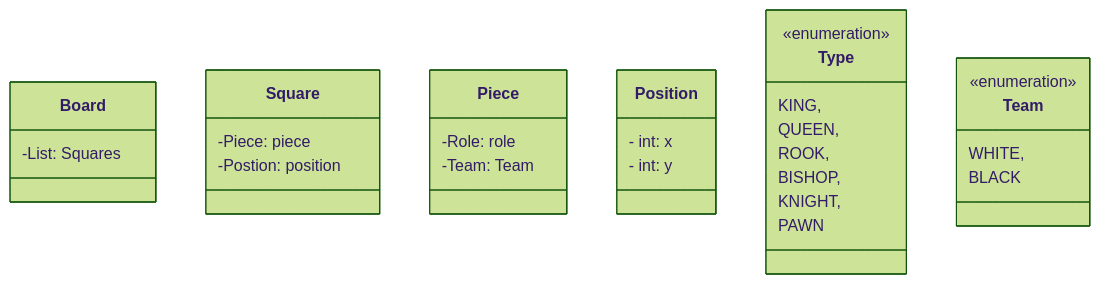
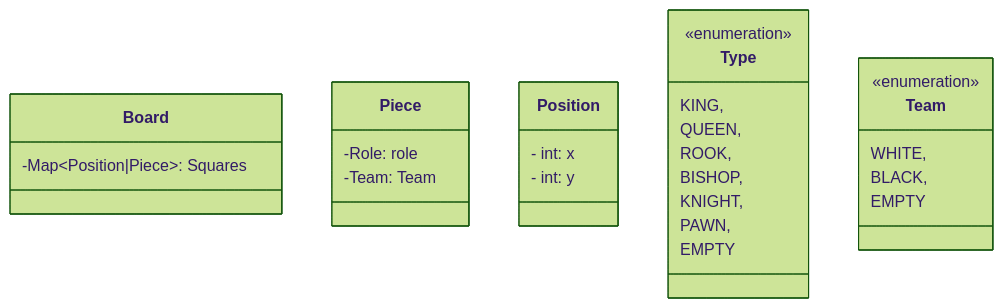
One commit to woowacourse/java-chess changed the diagram in README.md. Above: the diagram before and after it, drawn with Mermaid (forest theme). The commit also changed other lines of this file, not shown here.

````diff
--- a/README.md
+++ b/README.md
@@ -9,39 +9,36 @@
 ```mermaid
 classDiagram
     
     class Board {
-        -List<Square>: Squares
-    }
-    
-    class Square {
-        -Piece: piece
-        -Postion: position
+        -Map~Position|Piece~: Squares
     }
     
     class Piece {
         -Role: role
         -Team: Team
     }
     
     class Position {
         - int: x
         - int: y
     }
     
     class Type {
         <<enumeration>>
         KING,
         QUEEN,
         ROOK,
         BISHOP,
         KNIGHT,
-        PAWN
+        PAWN,
+        EMPTY
     }
     
     class Team {
         <<enumeration>>
         WHITE,
-        BLACK
+        BLACK,
+        EMPTY
     }
     
 ```
````
